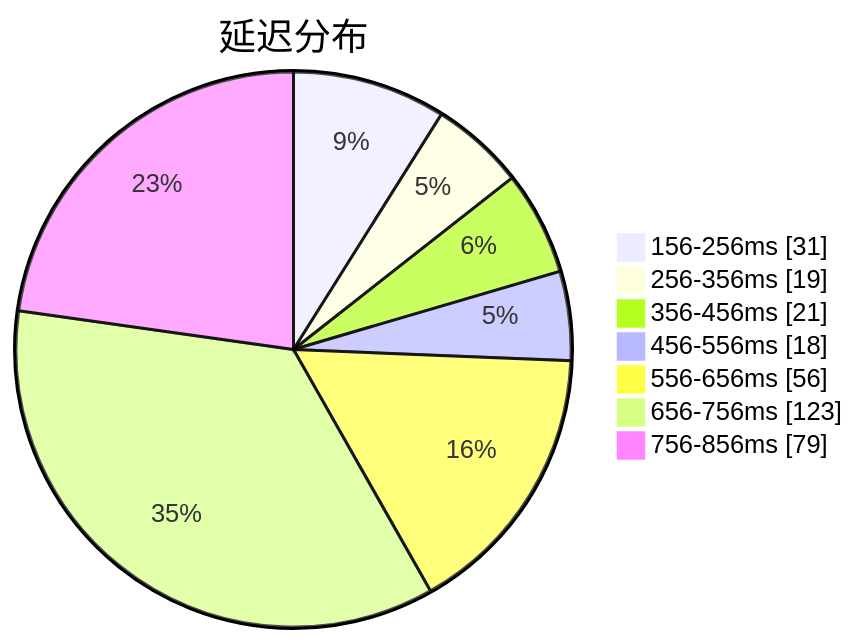
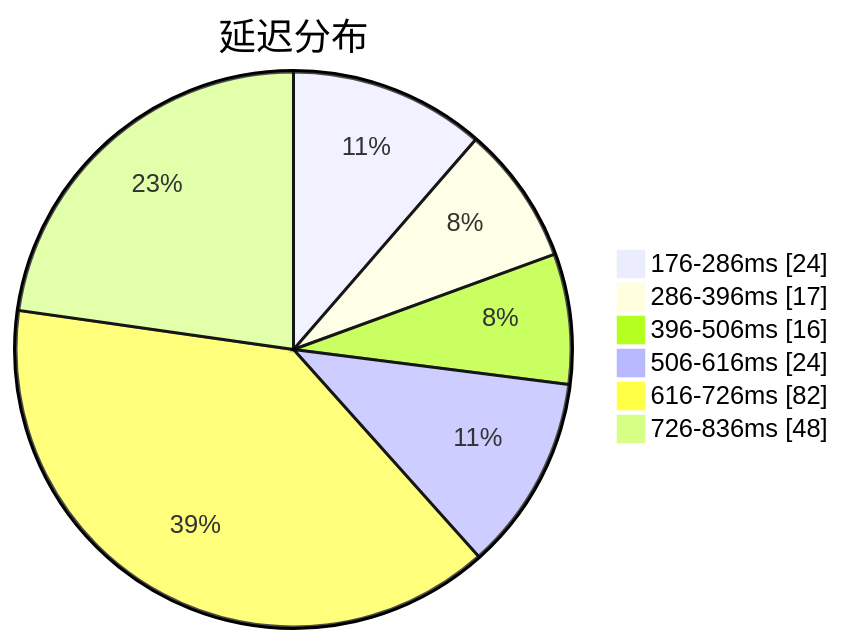
One commit to qjlxg/airport changed the first of 3 diagrams in subs/statistics/tested_within.md. Above: the diagram before and after it, drawn with Mermaid. The commit also changed other lines of this file and 2 other files, not shown here.

````diff
--- a/subs/statistics/tested_within.md
+++ b/subs/statistics/tested_within.md
@@ -2,11 +2,10 @@
 ```mermaid
 pie showData
 title 延迟分布
-"156-256ms" : 31
-"256-356ms" : 19
-"356-456ms" : 21
-"456-556ms" : 18
-"556-656ms" : 56
-"656-756ms" : 123
-"756-856ms" : 79
+"176-286ms" : 24
+"286-396ms" : 17
+"396-506ms" : 16
+"506-616ms" : 24
+"616-726ms" : 82
+"726-836ms" : 48
 ```
````
